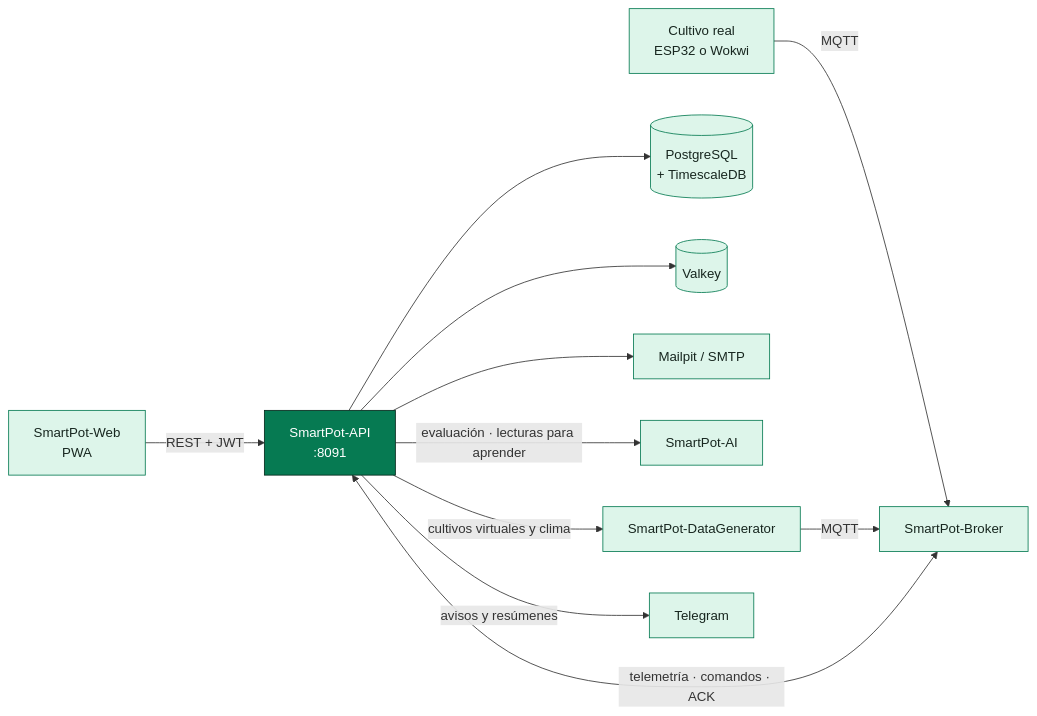
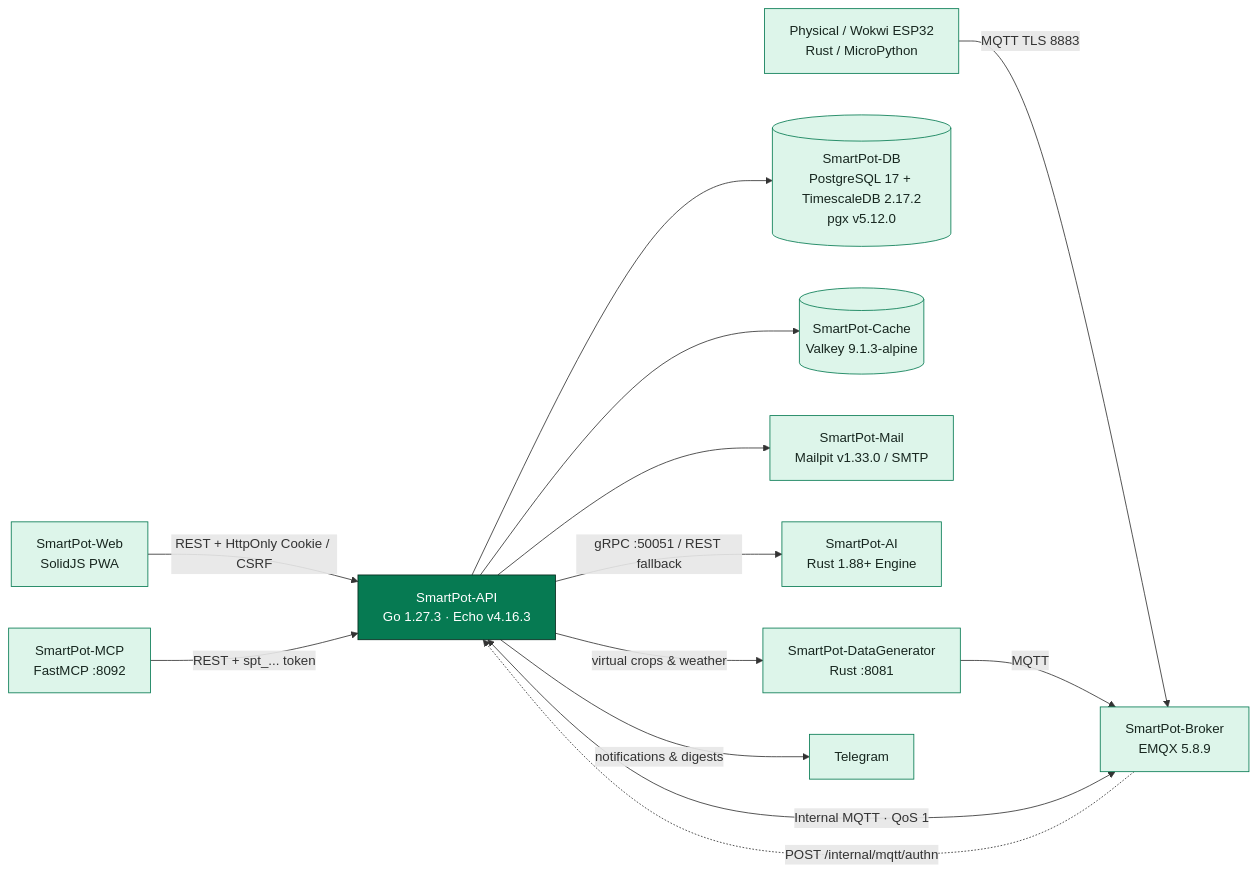
Before and after one commit to SmartPotTech/SmartPot-API: the second of 2 diagrams in README.md, drawn with Mermaid. The commit also changed other lines of this file and 6 other files, not shown here.

Commit message:
docs(architecture): update and standardize architecture diagrams via archify [skip deploy] #no-deploy

````diff
--- a/README.md
+++ b/README.md
@@ -291,18 +293,20 @@
 ```mermaid
 flowchart LR
-  web["SmartPot-Web<br/>PWA"] -->|"REST + JWT"| api["SmartPot-API<br/>:8091"]
-  esp["Cultivo real<br/>ESP32 o Wokwi"] -->|"MQTT"| broker["SmartPot-Broker"]
-  broker <-->|"telemetría · comandos · ACK"| api
-  api --> db[("PostgreSQL<br/>+ TimescaleDB")]
-  api --> cache[("Valkey")]
-  api --> mail["Mailpit / SMTP"]
-  api -->|"evaluación · lecturas para aprender"| ai["SmartPot-AI"]
-  api -->|"cultivos virtuales y clima"| sim["SmartPot-DataGenerator"]
+  web["SmartPot-Web<br/>SolidJS PWA"] -->|"REST + HttpOnly Cookie / CSRF"| api["SmartPot-API<br/>Go 1.27.3 · Echo v4.16.3"]
+  mcp["SmartPot-MCP<br/>FastMCP :8092"] -->|"REST + spt_... token"| api
+  esp["Physical / Wokwi ESP32<br/>Rust / MicroPython"] -->|"MQTT TLS 8883"| broker["SmartPot-Broker<br/>EMQX 5.8.9"]
+  broker <-->|"Internal MQTT · QoS 1"| api
+  broker -.->|"POST /internal/mqtt/authn"| api
+  api --> db[("SmartPot-DB<br/>PostgreSQL 17 + TimescaleDB 2.17.2<br/>pgx v5.12.0")]
+  api --> cache[("SmartPot-Cache<br/>Valkey 9.1.3-alpine")]
+  api --> mail["SmartPot-Mail<br/>Mailpit v1.33.0 / SMTP"]
+  api -->|"gRPC :50051 / REST fallback"| ai["SmartPot-AI<br/>Rust 1.88+ Engine"]
+  api -->|"virtual crops & weather"| sim["SmartPot-DataGenerator<br/>Rust :8081"]
   sim -->|"MQTT"| broker
-  api -->|"avisos y resúmenes"| tg["Telegram"]
+  api -->|"notifications & digests"| tg["Telegram"]
 
   classDef core fill:#067A52,stroke:#06281C,color:#fff;
   classDef ext fill:#DDF5EA,stroke:#067A52,color:#17261F;
   class api core;
-  class web,esp,broker,db,cache,mail,ai,sim,tg ext;
+  class web,mcp,esp,broker,db,cache,mail,ai,sim,tg ext;
 ```
````
